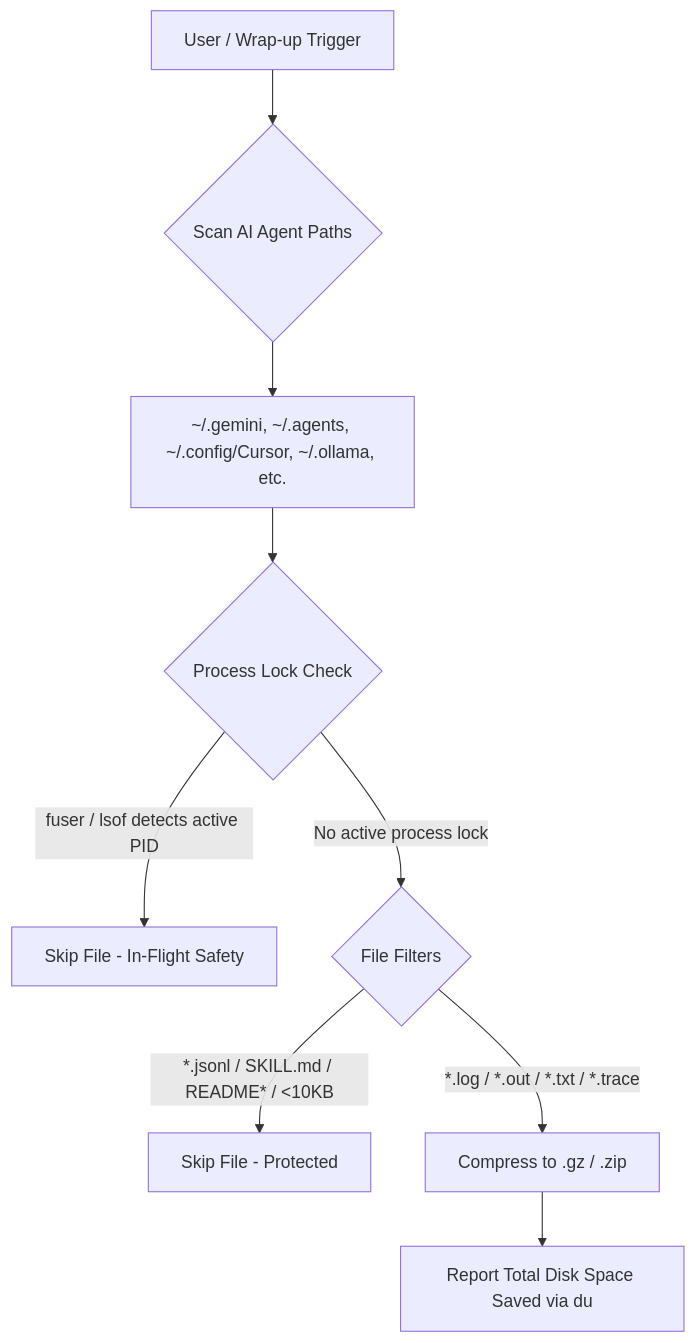
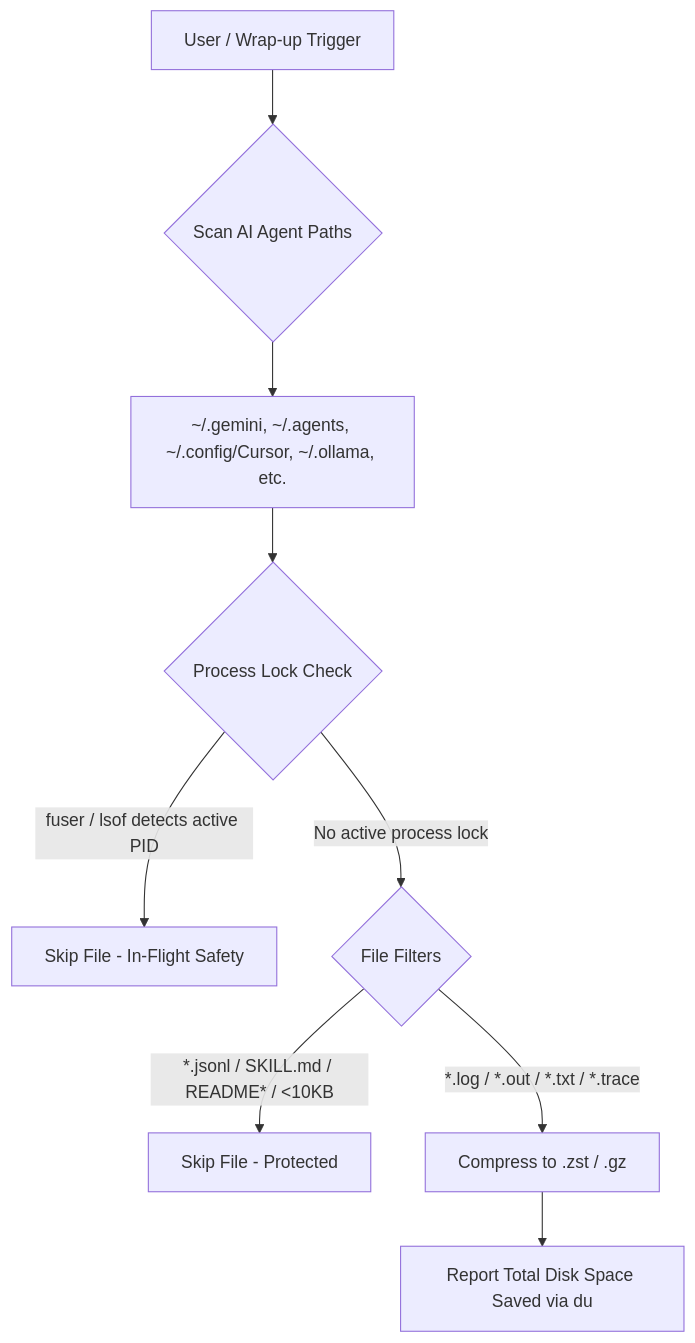
The diagram in README.md (sebin-gg/zlog), drawn with Mermaid before and after one commit. The commit also changed other lines of this file and 1 other file, not shown here.

````diff
--- a/README.md
+++ b/README.md
@@ -57,11 +57,11 @@
 ```mermaid
 graph TD
     A["User / Wrap-up Trigger"] --> B{"Scan AI Agent Paths"}
     B --> C["~/.gemini, ~/.agents, ~/.config/Cursor, ~/.ollama, etc."]
     C --> D{"Process Lock Check"}
     D -- "fuser / lsof detects active PID" --> E["Skip File - In-Flight Safety"]
     D -- "No active process lock" --> F{"File Filters"}
     F -- "*.jsonl / SKILL.md / README* / <10KB" --> G["Skip File - Protected"]
-    F -- "*.log / *.out / *.txt / *.trace" --> H["Compress to .gz / .zip"]
+    F -- "*.log / *.out / *.txt / *.trace" --> H["Compress to .zst / .gz"]
     H --> I["Report Total Disk Space Saved via du"]
 ```
````
